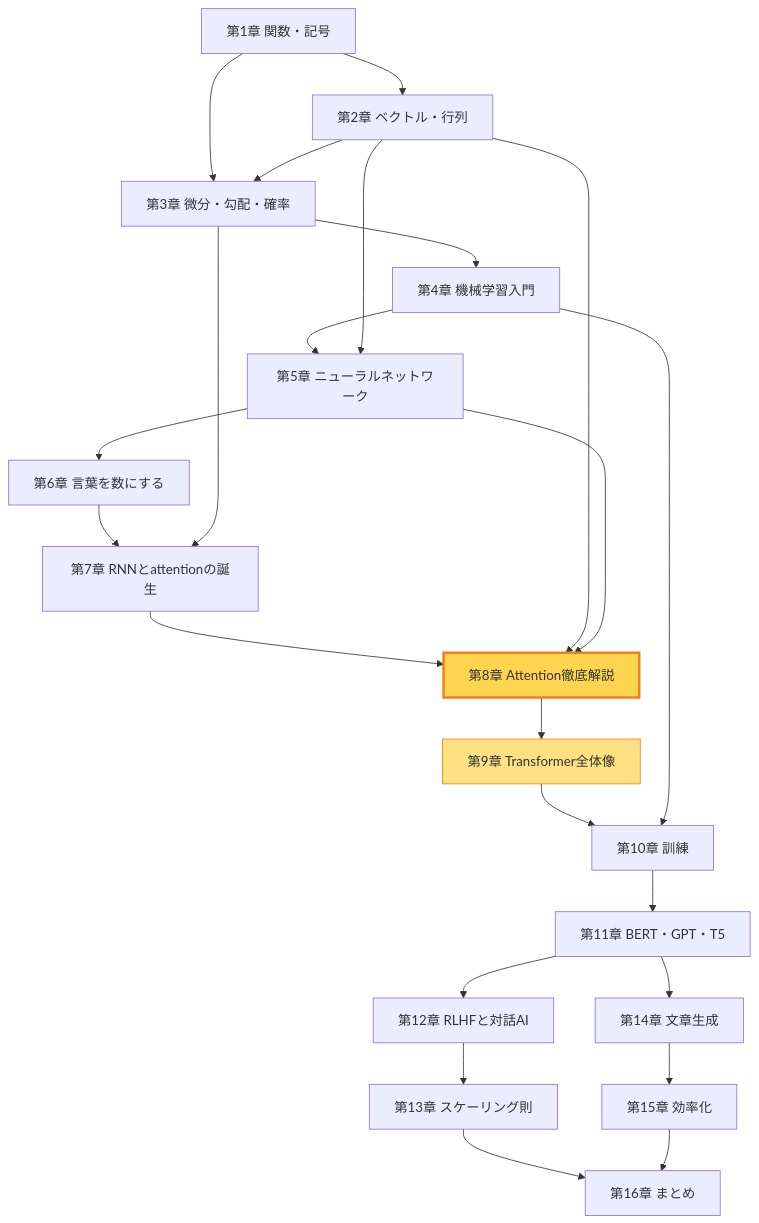
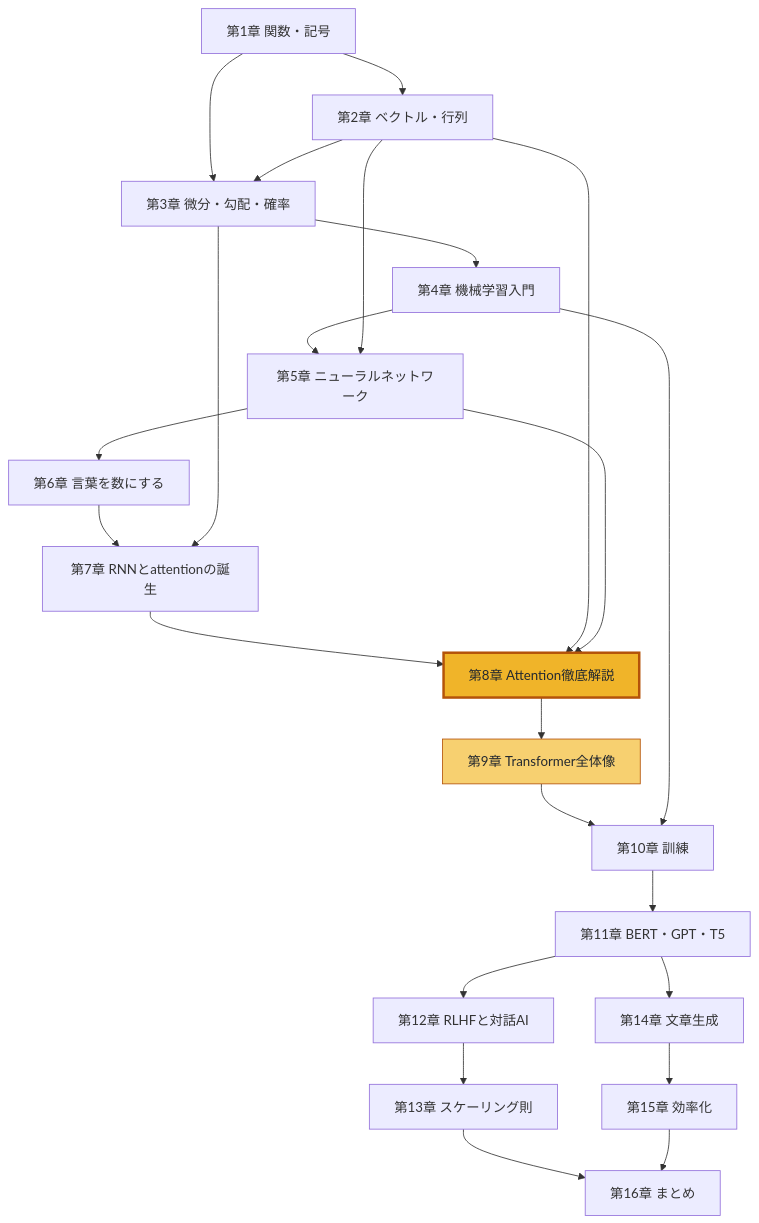
The diagram in README.md (shin4488/learning-transformer), drawn with Mermaid before and after one commit. The commit also changed other lines of this file and 16 other files, not shown here.

````diff
--- a/README.md
+++ b/README.md
@@ -54,28 +55,28 @@
 ```mermaid
 graph TD
     C1["第1章 関数・記号"] --> C2["第2章 ベクトル・行列"]
     C1 --> C3["第3章 微分・勾配・確率"]
     C2 --> C3
     C3 --> C4["第4章 機械学習入門"]
     C4 --> C5["第5章 ニューラルネットワーク"]
     C2 --> C5
     C5 --> C6["第6章 言葉を数にする"]
     C6 --> C7["第7章 RNNとattentionの誕生"]
     C3 --> C7
     C7 --> C8["第8章 Attention徹底解説"]
     C2 --> C8
     C5 --> C8
     C8 --> C9["第9章 Transformer全体像"]
     C9 --> C10["第10章 訓練"]
     C4 --> C10
     C10 --> C11["第11章 BERT・GPT・T5"]
     C11 --> C12["第12章 RLHFと対話AI"]
     C12 --> C13["第13章 スケーリング則"]
     C11 --> C14["第14章 文章生成"]
     C14 --> C15["第15章 効率化"]
     C13 --> C16["第16章 まとめ"]
     C15 --> C16
 
-    style C8 fill:#ffd54f,stroke:#f57f17,stroke-width:3px
-    style C9 fill:#ffe082,stroke:#f57f17
+    style C8 fill:#f0b429,stroke:#b45309,stroke-width:3px,color:#24292f
+    style C9 fill:#f7d070,stroke:#b45309,color:#24292f
 ```
````
